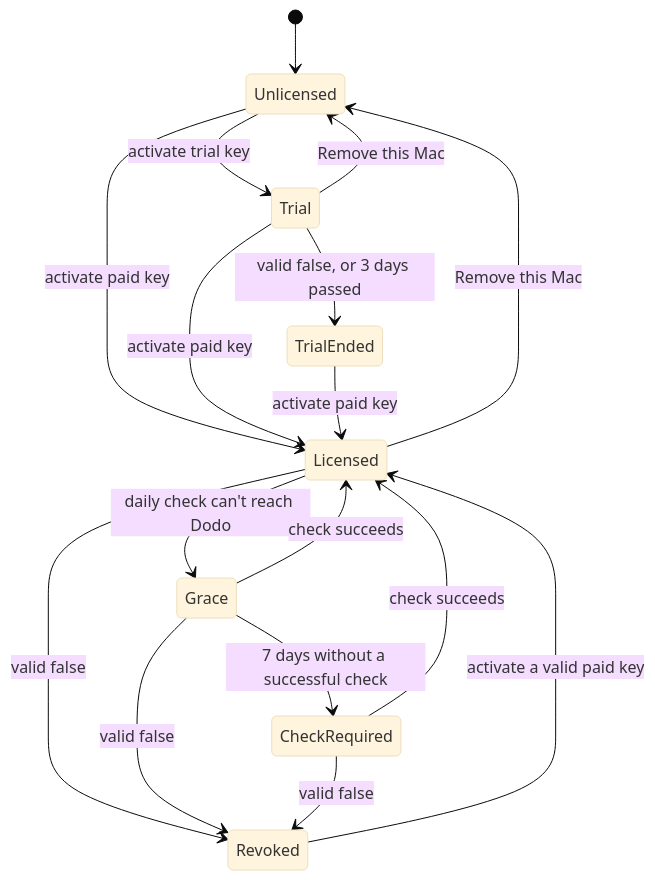
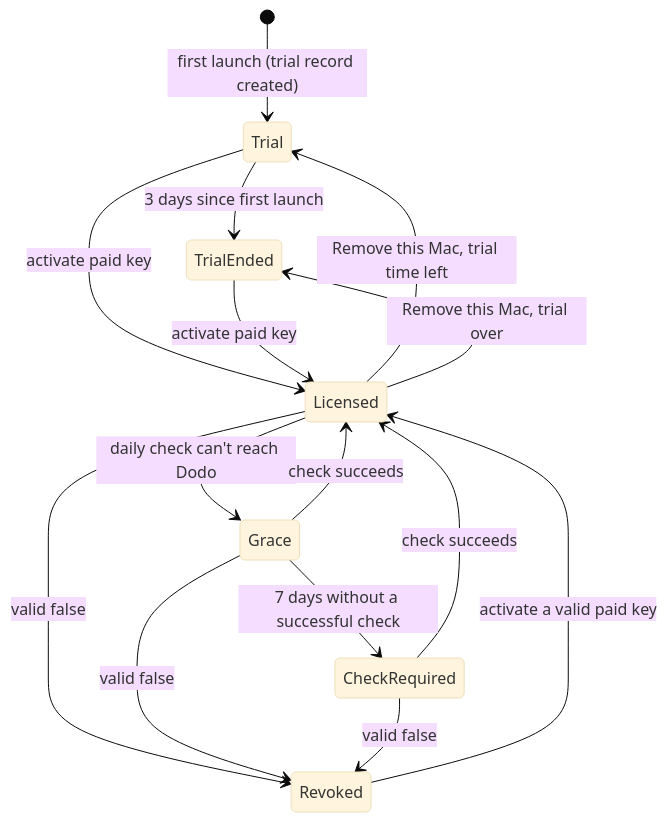
One commit to openappshq/openapps changed the diagram in LICENSING.md. Above: the diagram before and after it, drawn with Mermaid (base theme). The commit also changed other lines of this file, not shown here.

First line of the commit message:
Replace trial keys with an in-app trial backed by a trial registry

````diff
--- a/LICENSING.md
+++ b/LICENSING.md
@@ -68,19 +70,17 @@
 ```mermaid
 stateDiagram-v2
-    [*] --> Unlicensed
-    Unlicensed --> Trial: activate trial key
-    Unlicensed --> Licensed: activate paid key
+    [*] --> Trial: first launch (trial record created)
+    Trial --> TrialEnded: 3 days since first launch
     Trial --> Licensed: activate paid key
-    Trial --> TrialEnded: valid false, or 3 days passed
     TrialEnded --> Licensed: activate paid key
     Licensed --> Grace: daily check can't reach Dodo
     Grace --> Licensed: check succeeds
     Grace --> CheckRequired: 7 days without a successful check
     CheckRequired --> Licensed: check succeeds
     Licensed --> Revoked: valid false
     Grace --> Revoked: valid false
     CheckRequired --> Revoked: valid false
     Revoked --> Licensed: activate a valid paid key
-    Licensed --> Unlicensed: Remove this Mac
-    Trial --> Unlicensed: Remove this Mac
+    Licensed --> Trial: Remove this Mac, trial time left
+    Licensed --> TrialEnded: Remove this Mac, trial over
 ```
````
